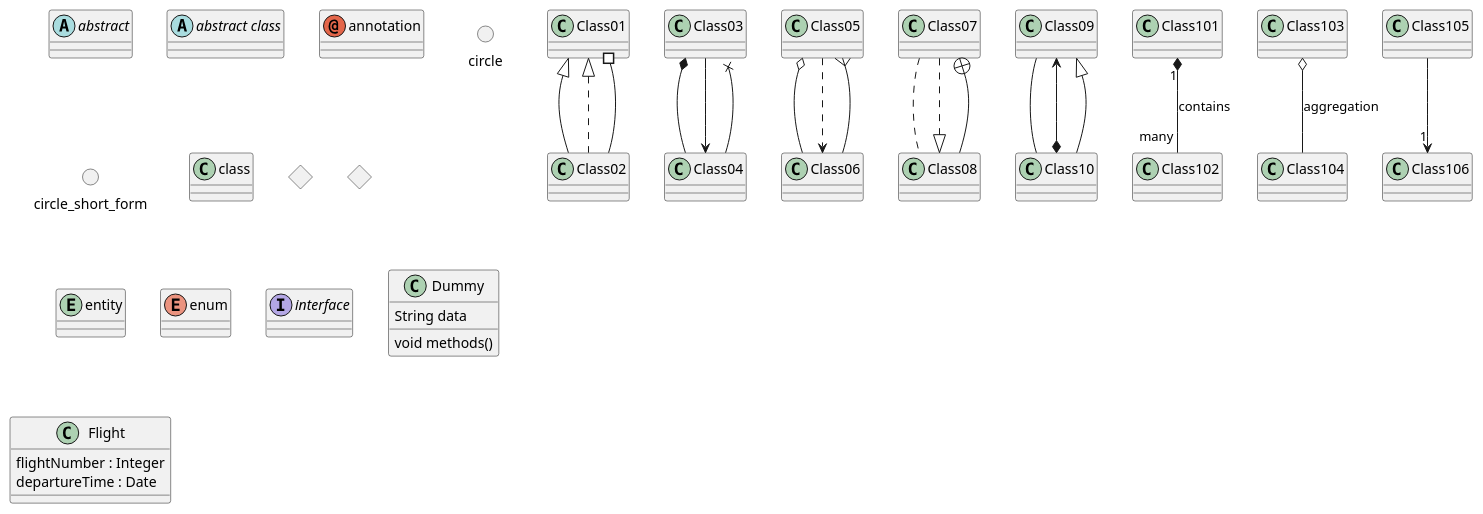
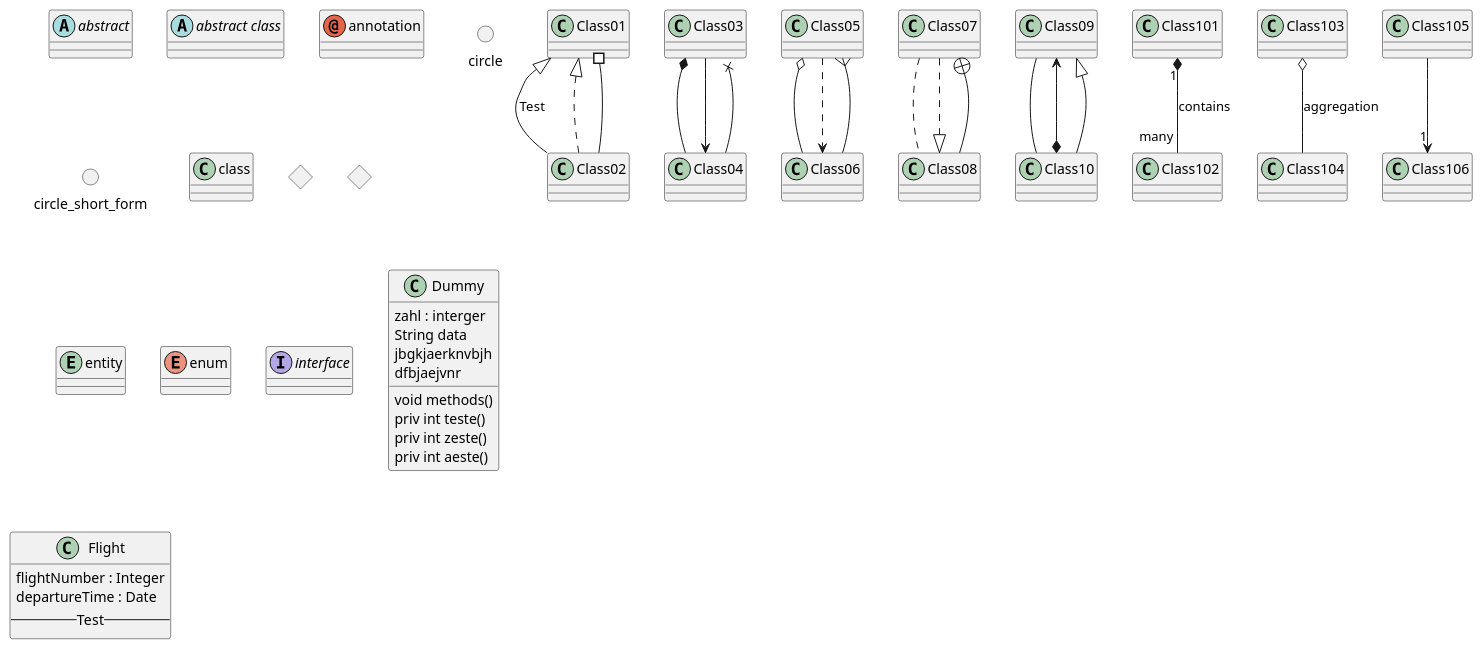
The diagram in Meilensteine/Meilenstein_03/.templates/{modul}_uml.puml (schmidti2002/Softwarepraktikum), drawn with PlantUML before and after one commit. The commit also changed 2 other files, not shown here.

```diff
--- a/Meilensteine/Meilenstein_03/.templates/{modul}_uml.puml
+++ b/Meilensteine/Meilenstein_03/.templates/{modul}_uml.puml
@@ -1,45 +1,54 @@
 @startuml {modul}
 abstract        abstract
 abstract class  "abstract class"
 annotation      annotation
 circle          circle
 ()              circle_short_form
 class           class
 diamond         diamond
 <>              diamond_short_form
 entity          entity
 enum            enum
 interface       interface
 
-Class01 <|-- Class02
+Class01 <|-- Class02 : Test
 Class03 *-- Class04
 Class05 o-- Class06
 Class07 .. Class08
 Class09 -- Class10
+
 
 Class01 <|.. Class02
 Class03 --> Class04
 Class05 ..> Class06
 Class07 ..|> Class08
 Class09 <--* Class10
 
 Class01 #-- Class02
 Class03 x-- Class04
 Class05 }-- Class06
 Class07 +-- Class08
 Class09 ^-- Class10
 
 Class101 "1" *-- "many" Class102 : contains
 Class103 o-- Class104 : aggregation
 Class105 --> "1" Class106
 
 class Dummy {
+  zahl : interger
   String data
   void methods()
+  jbgkjaerknvbjh
+  dfbjaejvnr
+
+  priv int teste() 
+  priv int zeste() 
+  priv int aeste() 
 }
 
 class Flight {
    flightNumber : Integer
    departureTime : Date
+   --Test--
 }
 @enduml
```
